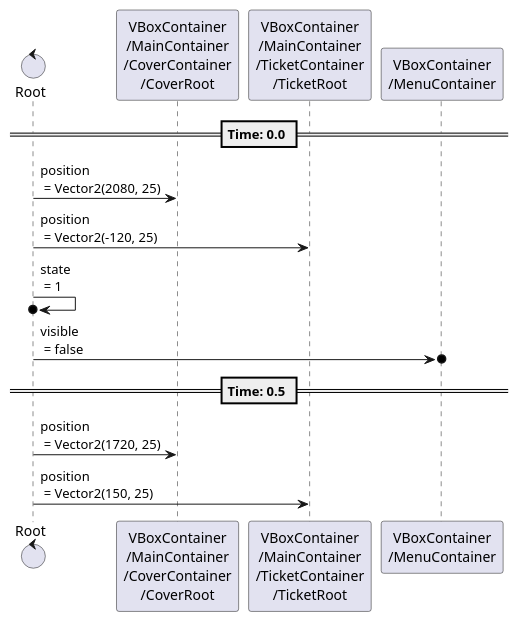
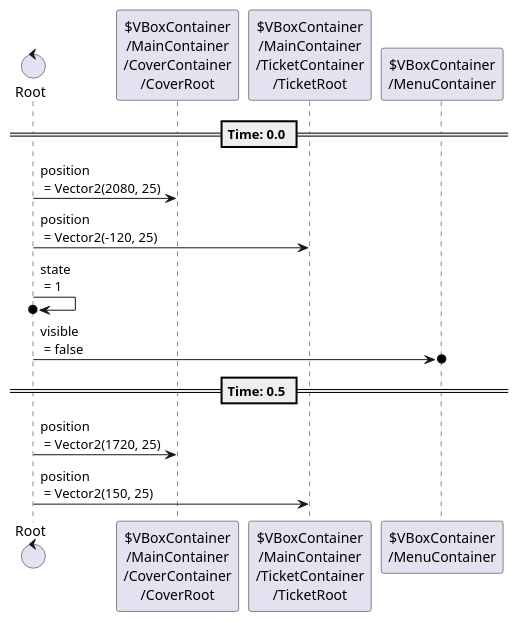
The third of 7 diagrams in content/scenes/src/account/account.tscn.adoc (tkmfujise/Platformer-Game-Learning), drawn with PlantUML before and after one commit. The commit also changed other lines of this file and 31 other files, not shown here.

Commit message:
Add prefix $ to node name in animation sequences

```diff
--- a/content/scenes/src/account/account.tscn.adoc
+++ b/content/scenes/src/account/account.tscn.adoc
@@ -443,20 +443,20 @@
 [plantuml]
 ....
-control "Root" as Root
-participant "VBoxContainer\n/MainContainer\n/CoverContainer\n/CoverRoot" as T0
-participant "VBoxContainer\n/MainContainer\n/TicketContainer\n/TicketRoot" as T1
-participant "VBoxContainer\n/MenuContainer" as T3
+control "Root" as R
+participant "$VBoxContainer\n/MainContainer\n/CoverContainer\n/CoverRoot" as T0
+participant "$VBoxContainer\n/MainContainer\n/TicketContainer\n/TicketRoot" as T1
+participant "$VBoxContainer\n/MenuContainer" as T3
 
 
 
 == Time: 0.0 ==
-Root  ->  T0 : position\n = Vector2(2080, 25)
-Root  ->  T1 : position\n = Vector2(-120, 25)
-Root  ->o  Root : state\n = 1
-Root  ->o  T3 : visible\n = false
+R  ->  T0 : position\n = Vector2(2080, 25)
+R  ->  T1 : position\n = Vector2(-120, 25)
+R  ->o  R : state\n = 1
+R  ->o  T3 : visible\n = false
 == Time: 0.5 ==
-Root  ->  T0 : position\n = Vector2(1720, 25)
-Root  ->  T1 : position\n = Vector2(150, 25)
+R  ->  T0 : position\n = Vector2(1720, 25)
+R  ->  T1 : position\n = Vector2(150, 25)
 
 
 ....
```
